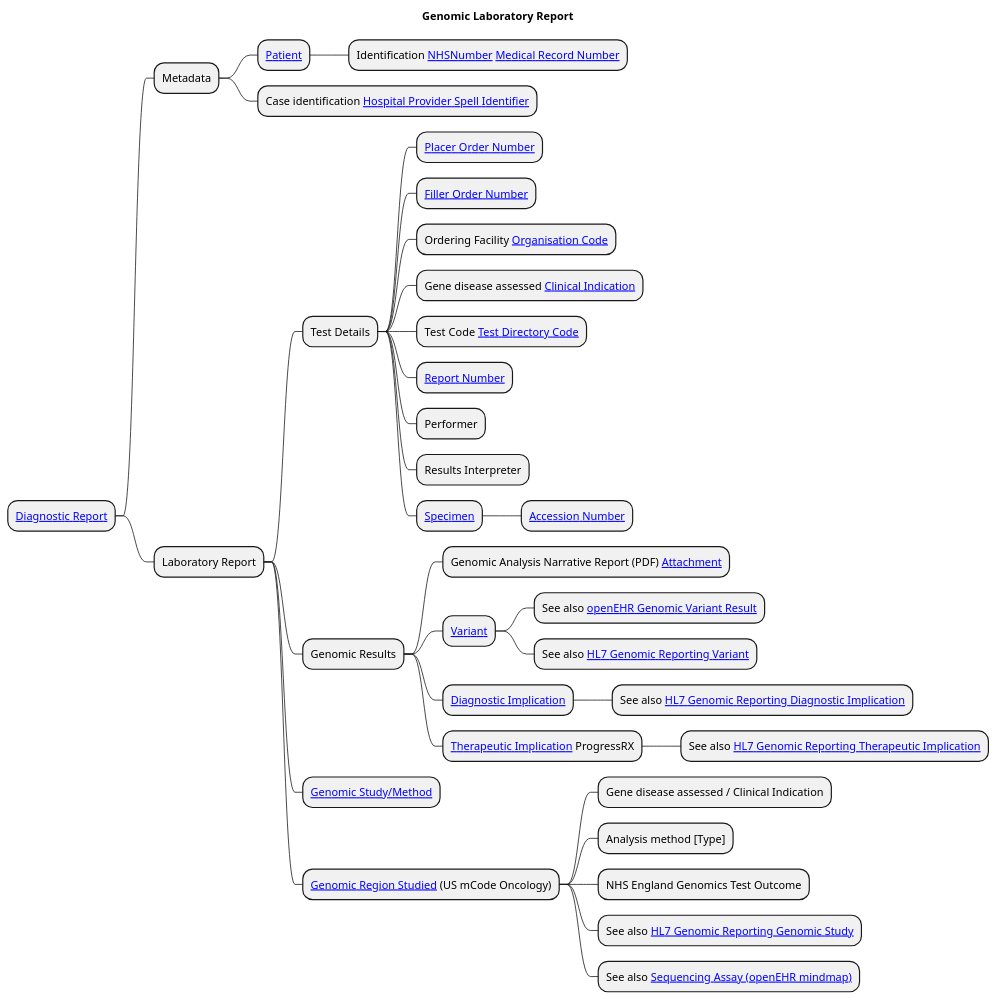
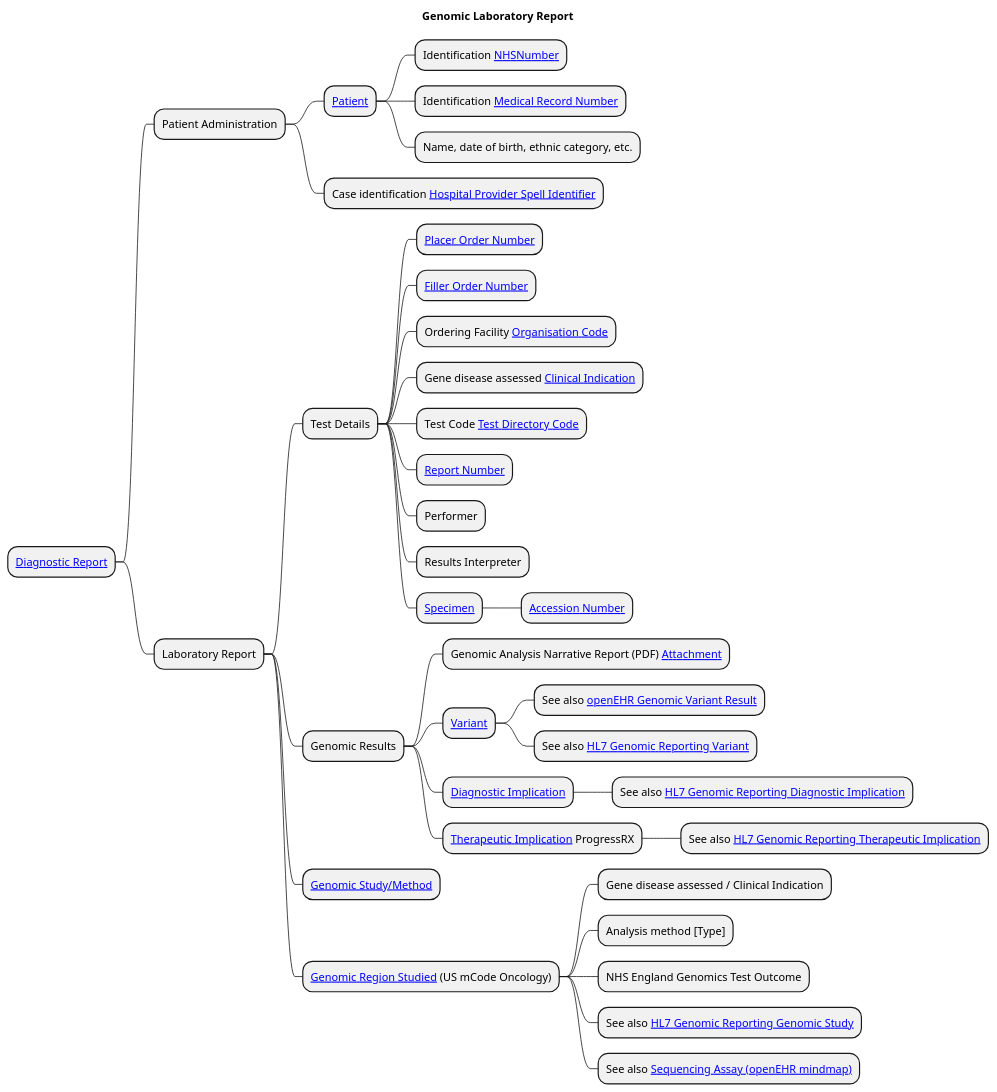
One commit to uk-gov-mirror/nw-gmsa.nw-gmsa.github.com changed the diagram in input/images-source/LaboratoryReport-mindmap.plantuml. Above: the diagram before and after it, drawn with PlantUML. The commit also changed 2 other files, not shown here.

```diff
--- a/input/images-source/LaboratoryReport-mindmap.plantuml
+++ b/input/images-source/LaboratoryReport-mindmap.plantuml
@@ -1,39 +1,41 @@
 @startmindmap
 
 title "Genomic Laboratory Report"
 
 * [[StructureDefinition-DiagnosticReport.html Diagnostic Report]]
-** Metadata
+** Patient Administration
 *** [[StructureDefinition-Patient.html Patient]]
-**** Identification [[StructureDefinition-NHSNumber.html NHSNumber]] [[StructureDefinition-MedicalRecordNumber.html Medical Record Number]]
+**** Identification [[StructureDefinition-NHSNumber.html NHSNumber]]
+**** Identification [[StructureDefinition-MedicalRecordNumber.html Medical Record Number]]
+**** Name, date of birth, ethnic category, etc.
 *** Case identification [[StructureDefinition-HospitalProviderSpellIdentifier.html Hospital Provider Spell Identifier]]
 ** Laboratory Report
 *** Test Details
 **** [[StructureDefinition-PlacerOrderNumber.html Placer Order Number]]
 **** [[StructureDefinition-FillerOrderNumber.html Filler Order Number]]
 **** Ordering Facility [[StructureDefinition-OrganisationCode.html Organisation Code]]
 **** Gene disease assessed [[CodeSystem-GenomicClinicalIndication.html Clinical Indication]]
 **** Test Code [[CodeSystem-GenomicTestCode.html Test Directory Code]]
 **** [[StructureDefinition-ReportNumber.html Report Number]]
 **** Performer
 **** Results Interpreter
 **** [[StructureDefinition-Specimen.html Specimen]]
 ***** [[StructureDefinition-AccessionNumber.html Accession Number]]
 *** Genomic Results
 **** Genomic Analysis Narrative Report (PDF) [[StructureDefinition-NWAttachment.html Attachment]]
 **** [[StructureDefinition-Observation-Variant.html Variant]]
 ***** See also [[https://ckm.openehr.org/ckm/archetypes/1013.1.3759/mindmap openEHR Genomic Variant Result]]
 ***** See also [[https://build.fhir.org/ig/HL7/genomics-reporting/StructureDefinition-variant.html HL7 Genomic Reporting Variant]]
 **** [[StructureDefinition-Observation-DiagnosticImplication.html Diagnostic Implication]]
 ***** See also [[https://build.fhir.org/ig/HL7/genomics-reporting/StructureDefinition-diagnostic-implication.html HL7 Genomic Reporting Diagnostic Implication]]
 **** [[StructureDefinition-Observation-TherapeuticImplication.html Therapeutic Implication]] ProgressRX
 ***** See also [[https://build.fhir.org/ig/HL7/genomics-reporting/StructureDefinition-therapeutic-implication.html HL7 Genomic Reporting Therapeutic Implication]]
 *** [[StructureDefinition-Procedure-GenomicStudy.html Genomic Study/Method]]
 *** [[https://build.fhir.org/ig/HL7/fhir-mCODE-ig/StructureDefinition-mcode-genomic-region-studied.html Genomic Region Studied]] (US mCode Oncology)
 **** Gene disease assessed / Clinical Indication
 **** Analysis method [Type]
 **** NHS England Genomics Test Outcome
 **** See also [[https://build.fhir.org/ig/HL7/genomics-reporting/StructureDefinition-genomic-study.html HL7 Genomic Reporting Genomic Study]]
 **** See also [[https://ckm.openehr.org/ckm/archetypes/1013.1.4256/mindmap Sequencing Assay (openEHR mindmap)]]
 
 @endmindmap
```
